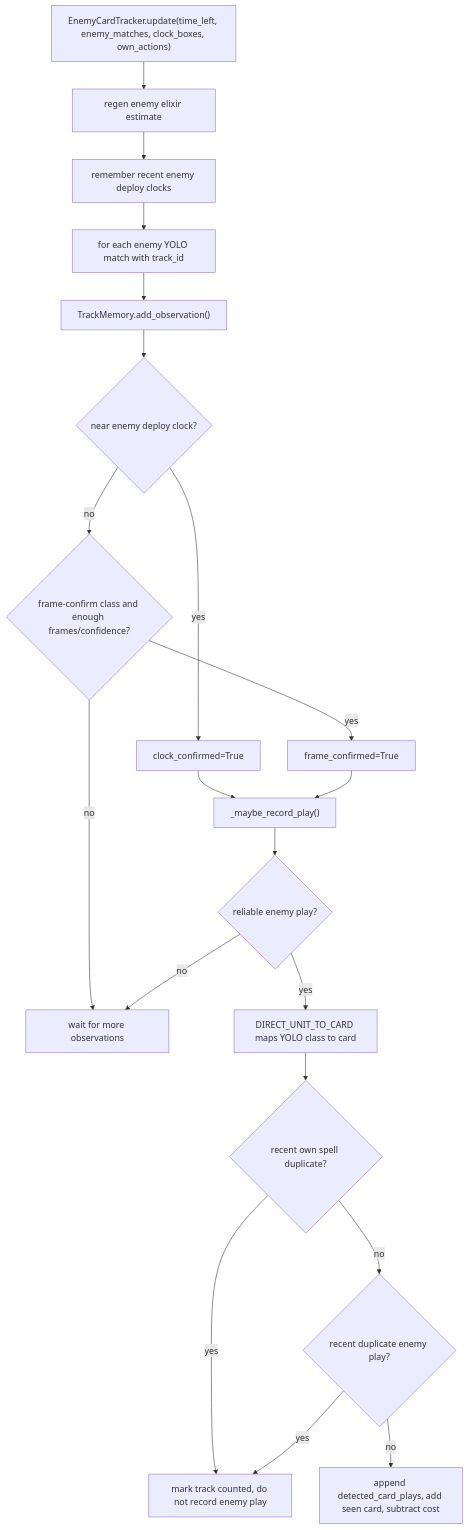
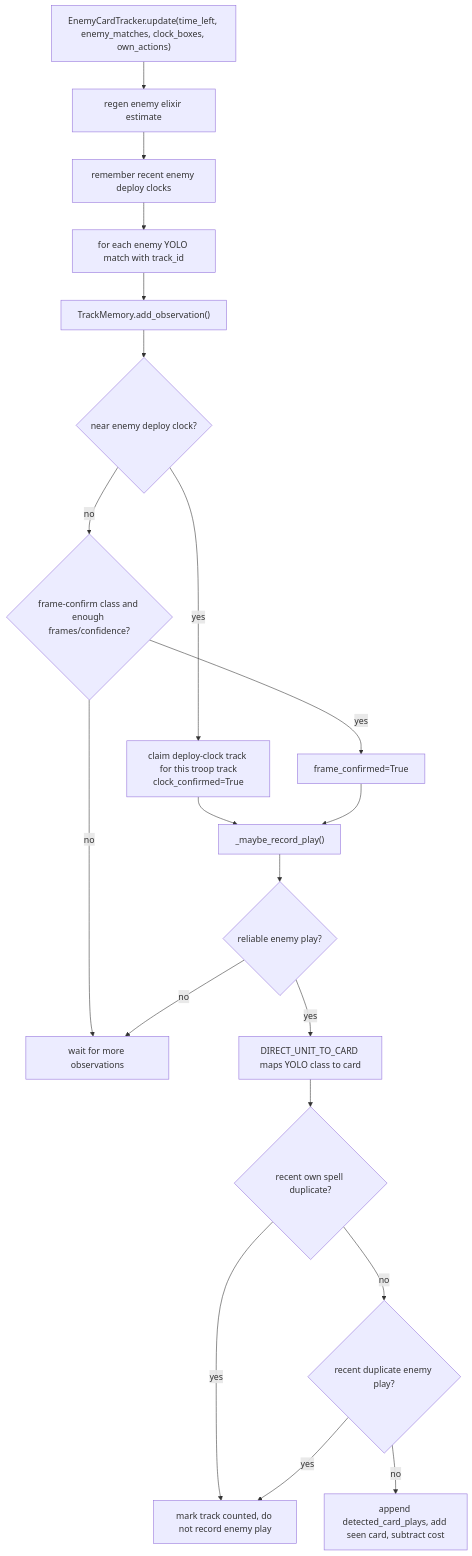
One commit to Keschler/cr-bot changed the seventh of 17 diagrams in docs/flowcharts.md. Above: the diagram before and after it, drawn with Mermaid. The commit also changed other lines of this file, not shown here.

Commit message:
Document own action detection flow

````diff
--- a/docs/flowcharts.md
+++ b/docs/flowcharts.md
@@ -195,22 +259,22 @@
 ```mermaid
 flowchart TD
     A["EnemyCardTracker.update(time_left, enemy_matches, clock_boxes, own_actions)"] --> B["regen enemy elixir estimate"]
     B --> C["remember recent enemy deploy clocks"]
     C --> D["for each enemy YOLO match with track_id"]
     D --> E["TrackMemory.add_observation()"]
     E --> F{"near enemy deploy clock?"}
-    F -->|"yes"| G["clock_confirmed=True"]
+    F -->|"yes"| G["claim deploy-clock track for this troop track<br/>clock_confirmed=True"]
     F -->|"no"| H{"frame-confirm class and enough frames/confidence?"}
     H -->|"yes"| I["frame_confirmed=True"]
     H -->|"no"| J["wait for more observations"]
     G --> K["_maybe_record_play()"]
     I --> K
     K --> L{"reliable enemy play?"}
     L -->|"no"| J
     L -->|"yes"| M["DIRECT_UNIT_TO_CARD maps YOLO class to card"]
     M --> N{"recent own spell duplicate?"}
     N -->|"yes"| O["mark track counted, do not record enemy play"]
     N -->|"no"| P{"recent duplicate enemy play?"}
     P -->|"yes"| O
     P -->|"no"| Q["append detected_card_plays, add seen card, subtract cost"]
 ```
````
